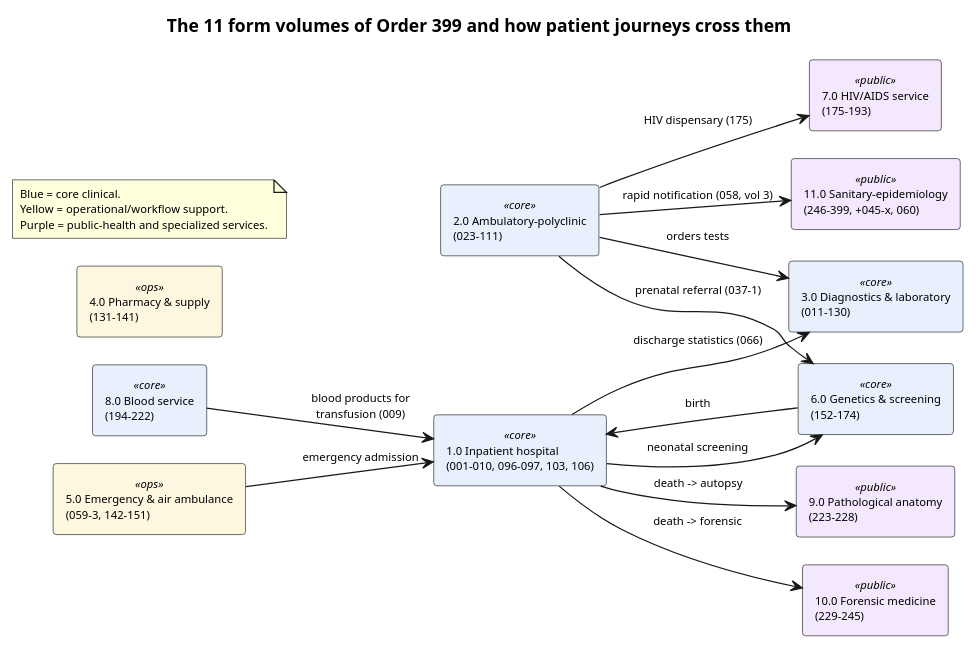
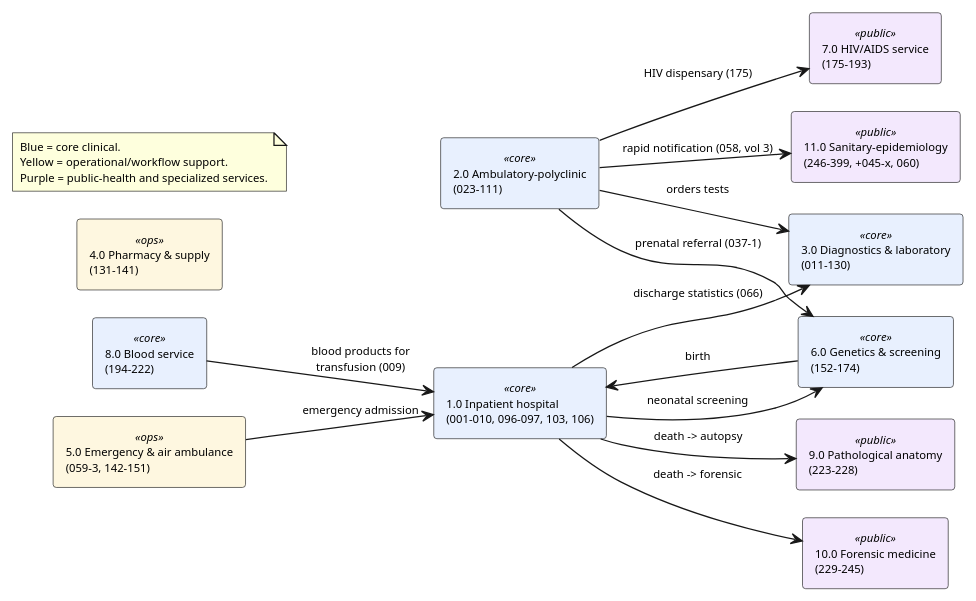
One commit to uzinfocom-org/digital-health-integration changed the diagram in input/images-source/forms-volumes-map.plantuml. Above: the diagram before and after it, drawn with PlantUML. The commit also changed 2 other files, not shown here.

```diff
--- a/input/images-source/forms-volumes-map.plantuml
+++ b/input/images-source/forms-volumes-map.plantuml
@@ -1,45 +1,44 @@
 @startuml forms-volumes-map
 hide empty members
 left to right direction
 skinparam defaultFontSize 9
 skinparam ranksep 24
 skinparam nodesep 22
 skinparam rectangle {
   BackgroundColor<<core>> #E8F0FE
   BackgroundColor<<ops>> #FEF7E0
   BackgroundColor<<public>> #F3E8FD
 }
-title The 11 form volumes of Order 399 and how patient journeys cross them
 
 rectangle "1.0 Inpatient hospital\n(001-010, 096-097, 103, 106)" as V1 <<core>> [[forms-volume-01-inpatient.html]]
 rectangle "2.0 Ambulatory-polyclinic\n(023-111)" as V2 <<core>> [[forms-volume-02-ambulatory.html]]
 rectangle "3.0 Diagnostics & laboratory\n(011-130)" as V3 <<core>> [[forms-volume-03-diagnostics-laboratory.html]]
 rectangle "6.0 Genetics & screening\n(152-174)" as V6 <<core>> [[forms-volume-06-genetics-screening.html]]
 rectangle "8.0 Blood service\n(194-222)" as V8 <<core>> [[forms-volume-08-blood-service.html]]
 rectangle "7.0 HIV/AIDS service\n(175-193)" as V7 <<public>> [[forms-volume-07-hiv.html]]
 
 rectangle "4.0 Pharmacy & supply\n(131-141)" as V4 <<ops>> [[forms-volume-04-pharmacy.html]]
 rectangle "5.0 Emergency & air ambulance\n(059-3, 142-151)" as V5 <<ops>> [[forms-volume-05-emergency.html]]
 
 rectangle "9.0 Pathological anatomy\n(223-228)" as V9 <<public>> [[forms-volume-09-pathology.html]]
 rectangle "10.0 Forensic medicine\n(229-245)" as V10 <<public>> [[forms-volume-10-forensic.html]]
 rectangle "11.0 Sanitary-epidemiology\n(246-399, +045-x, 060)" as V11 <<public>> [[forms-volume-11-sanitary-epidemiology.html]]
 
 V2 --> V3 : orders tests
 V2 --> V6 : prenatal referral (037-1)
 V6 --> V1 : birth
 V1 --> V6 : neonatal screening
 V8 --> V1 : blood products for\ntransfusion (009)
 V1 --> V3 : discharge statistics (066)
 V2 --> V7 : HIV dispensary (175)
 V1 --> V9 : death -> autopsy
 V1 --> V10 : death -> forensic
 V2 --> V11 : rapid notification (058, vol 3)
 V5 --> V1 : emergency admission
 
 note as N
   Blue = core clinical.
   Yellow = operational/workflow support.
   Purple = public-health and specialized services.
 end note
 @enduml
```
